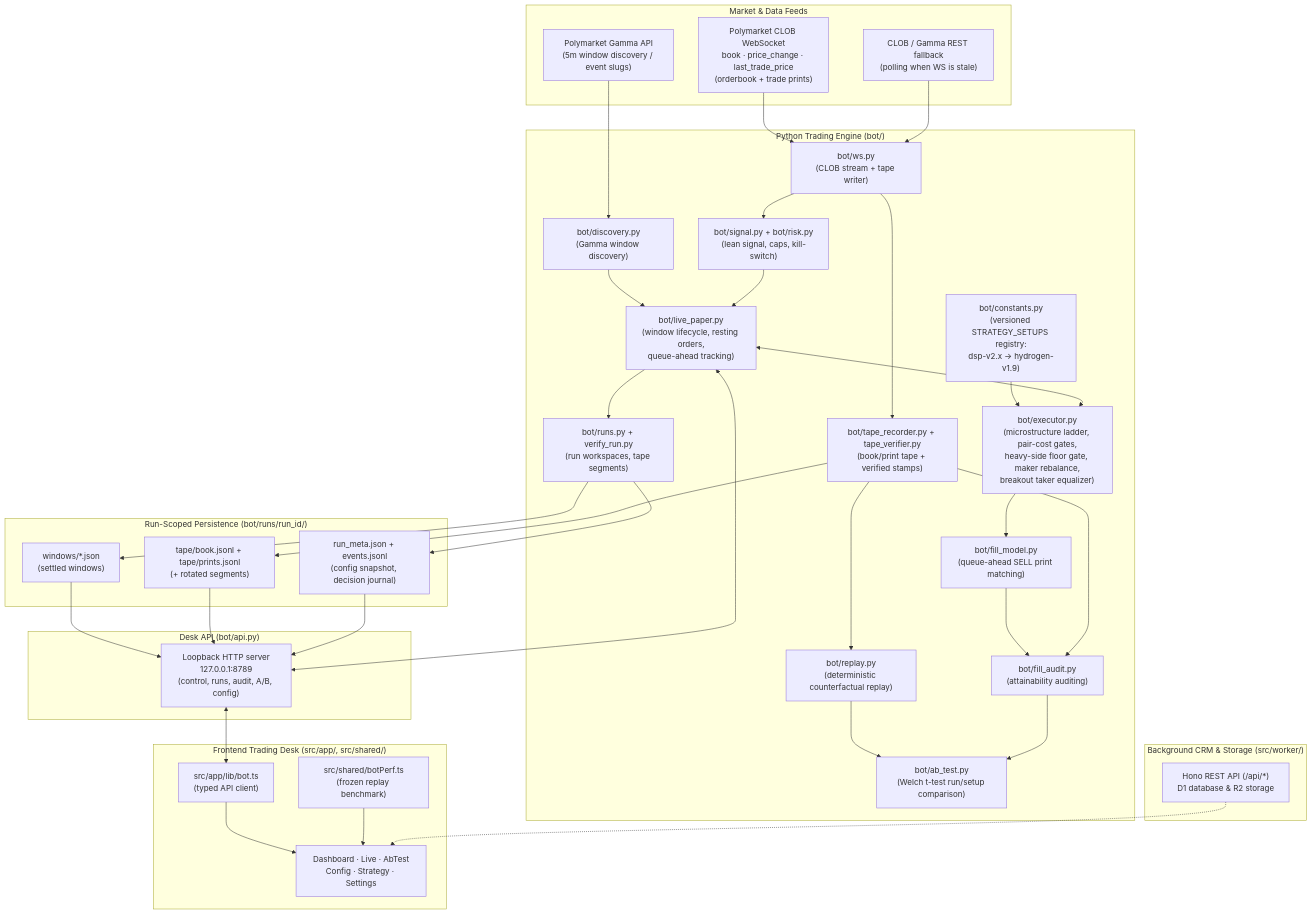
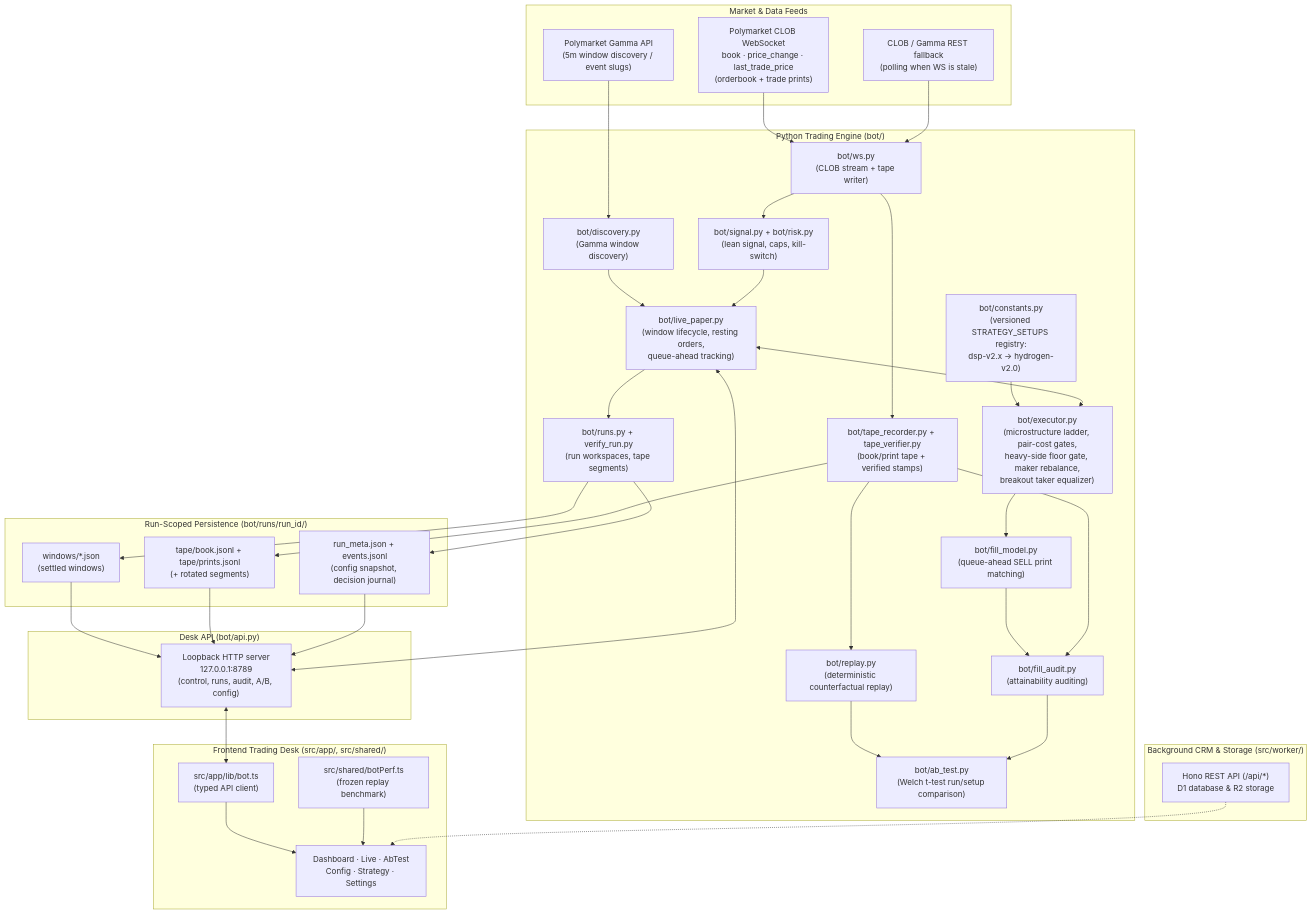
The diagram in docs/architecture.md (AI-Degen-69/dangerously-skip-permissions-Bot), drawn with Mermaid before and after one commit. The commit also changed other lines of this file and 16 other files, not shown here.

First line of the commit message:
[ADD] Add Hydrogen v2.0 dip-sizing strategy (#64)

````diff
--- a/docs/architecture.md
+++ b/docs/architecture.md
@@ -16,71 +16,71 @@
 ```mermaid
 flowchart TD
     subgraph MarketData ["Market & Data Feeds"]
         Gamma["Polymarket Gamma API<br/>(5m window discovery / event slugs)"]
         CLOB["Polymarket CLOB WebSocket<br/>book · price_change · last_trade_price<br/>(orderbook + trade prints)"]
         REST["CLOB / Gamma REST fallback<br/>(polling when WS is stale)"]
     end
 
     subgraph BotEngine ["Python Trading Engine (bot/)"]
         Discovery["bot/discovery.py<br/>(Gamma window discovery)"]
         LivePaper["bot/live_paper.py<br/>(window lifecycle, resting orders,<br/>queue-ahead tracking)"]
         Executor["bot/executor.py<br/>(microstructure ladder, pair-cost gates,<br/>heavy-side floor gate, maker rebalance,<br/>breakout taker equalizer)"]
-        Constants["bot/constants.py<br/>(versioned STRATEGY_SETUPS registry:<br/>dsp-v2.x → hydrogen-v1.9)"]
+        Constants["bot/constants.py<br/>(versioned STRATEGY_SETUPS registry:<br/>dsp-v2.x → hydrogen-v2.0)"]
         Signal["bot/signal.py + bot/risk.py<br/>(lean signal, caps, kill-switch)"]
         WS["bot/ws.py<br/>(CLOB stream + tape writer)"]
         FillModel["bot/fill_model.py<br/>(queue-ahead SELL print matching)"]
         FillAudit["bot/fill_audit.py<br/>(attainability auditing)"]
         Tape["bot/tape_recorder.py + tape_verifier.py<br/>(book/print tape + verified stamps)"]
         Replay["bot/replay.py<br/>(deterministic counterfactual replay)"]
         AB["bot/ab_test.py<br/>(Welch t-test run/setup comparison)"]
         Runs["bot/runs.py + verify_run.py<br/>(run workspaces, tape segments)"]
     end
 
     subgraph Persistence ["Run-Scoped Persistence (bot/runs/run_id/)"]
         Windows["windows/*.json<br/>(settled windows)"]
         TapeJsonl["tape/book.jsonl + tape/prints.jsonl<br/>(+ rotated segments)"]
         Meta["run_meta.json + events.jsonl<br/>(config snapshot, decision journal)"]
     end
 
     subgraph DeskAPI ["Desk API (bot/api.py)"]
         PyAPI["Loopback HTTP server<br/>127.0.0.1:8789<br/>(control, runs, audit, A/B, config)"]
     end
 
     subgraph FrontendDesk ["Frontend Trading Desk (src/app/, src/shared/)"]
         Pages["Dashboard · Live · AbTest<br/>Config · Strategy · Settings"]
         BotClient["src/app/lib/bot.ts<br/>(typed API client)"]
         BotPerf["src/shared/botPerf.ts<br/>(frozen replay benchmark)"]
     end
 
     subgraph Worker ["Background CRM & Storage (src/worker/)"]
         HonoAPI["Hono REST API (/api/*)<br/>D1 database & R2 storage"]
     end
 
     %% Data flow
     Gamma --> Discovery --> LivePaper
     CLOB --> WS --> Signal --> LivePaper
     REST --> WS
     Constants --> Executor
     LivePaper <--> Executor
     Executor --> FillModel
     WS --> Tape
     FillModel --> FillAudit
     Tape --> FillAudit
     Tape --> Replay
     Replay --> AB
     FillAudit --> AB
     LivePaper --> Runs
     Runs --> Windows
     Tape --> TapeJsonl
     Runs --> Meta
 
     %% API + frontend
     Windows --> PyAPI
     TapeJsonl --> PyAPI
     Meta --> PyAPI
     PyAPI <--> LivePaper
     PyAPI <--> BotClient
     BotClient --> Pages
     BotPerf --> Pages
     HonoAPI -.-> Pages
 ```
````
